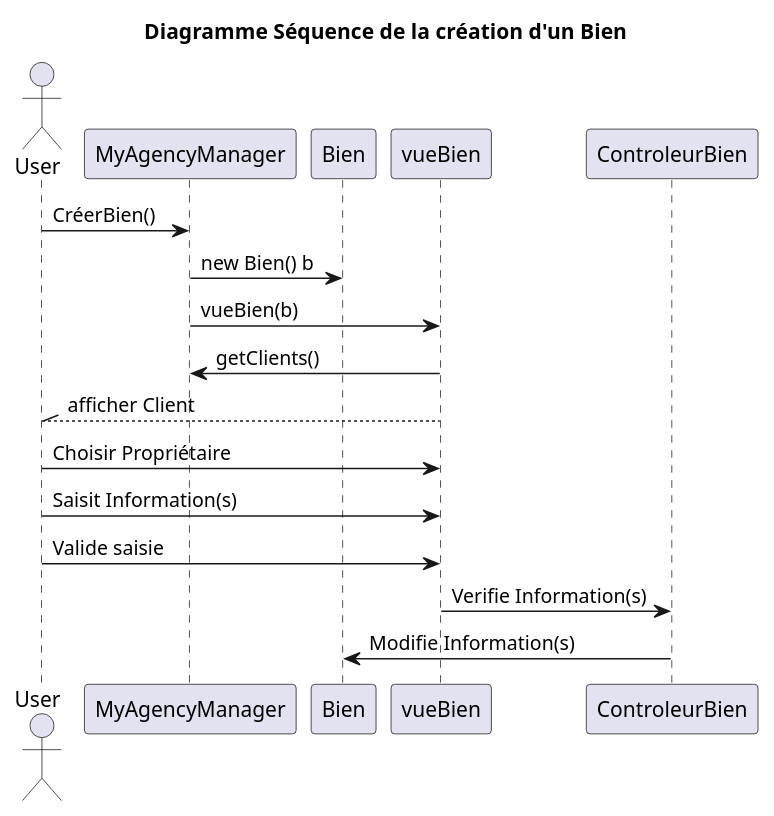
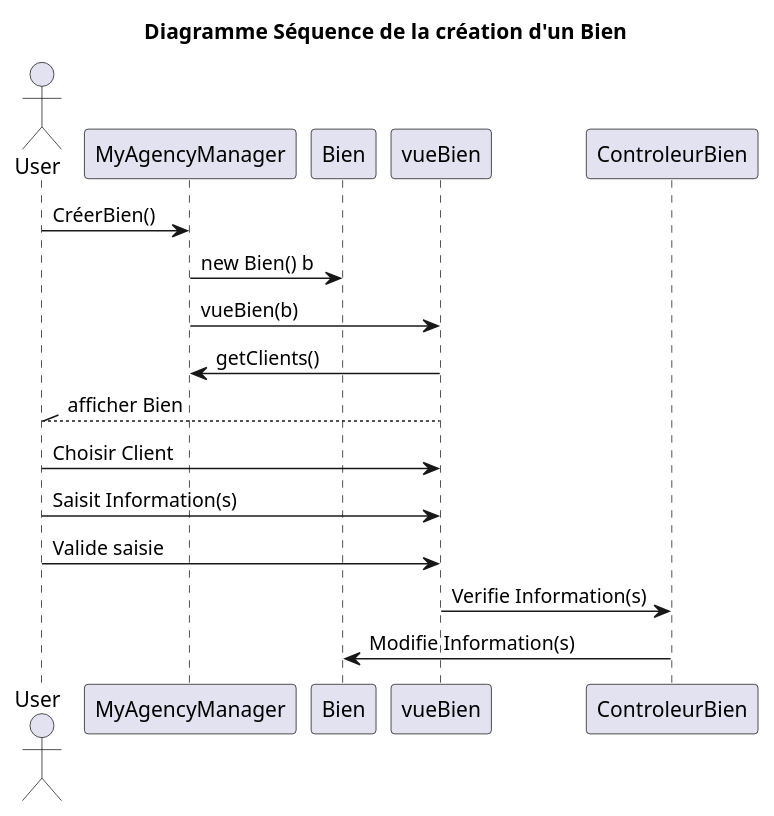
The diagram in DossierConception/SeqCreerBien.pu (Arnaud-Sibade-Tlse/ProjetUML_Miashs), drawn with PlantUML before and after one commit. The commit also changed 1 other file, not shown here.

Commit message:
SEQUENCE rectifs

```diff
--- a/DossierConception/SeqCreerBien.pu
+++ b/DossierConception/SeqCreerBien.pu
@@ -1,22 +1,22 @@
 @startuml
 
 title Diagramme Séquence de la création d'un Bien
 
 actor User as U
 U -> MyAgencyManager :CréerBien()
 
 MyAgencyManager -> Bien :new Bien() b
 
 MyAgencyManager -> vueBien : vueBien(b)
 
 vueBien -> MyAgencyManager : getClients()
 
-U //-- vueBien :afficher Client
+U //-- vueBien :afficher Bien
 
-U -> vueBien :Choisir Propriétaire
+U -> vueBien :Choisir Client
 U -> vueBien :Saisit Information(s)
 U -> vueBien :Valide saisie
 
 vueBien -> ControleurBien :Verifie Information(s)
 ControleurBien -> Bien :Modifie Information(s)
 @enduml
```
